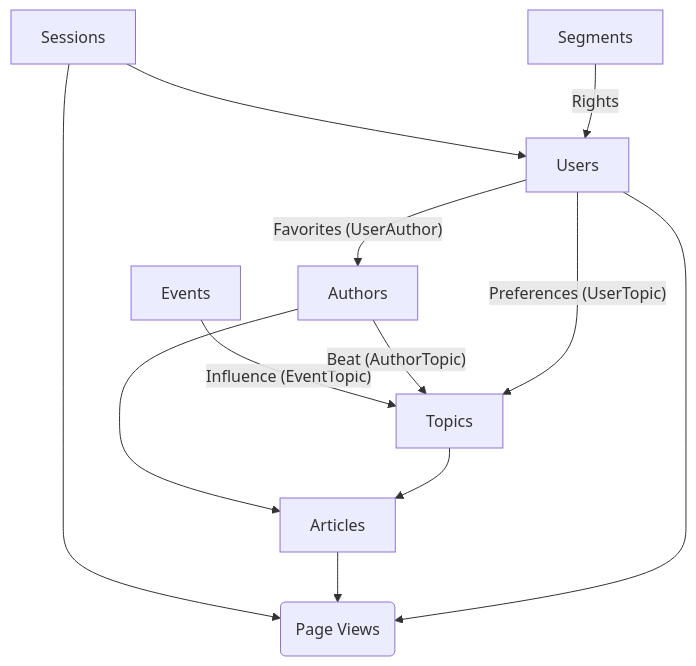
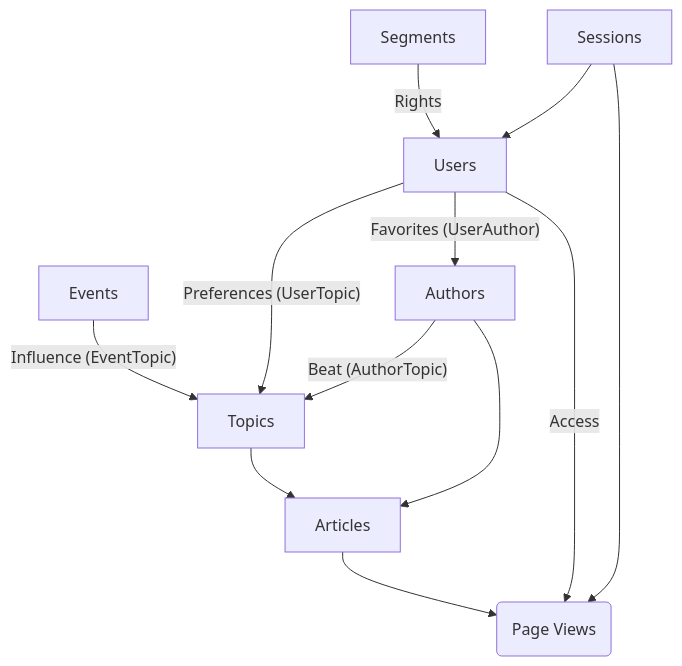
One commit to drewfeld216/BA2-Game changed the first of 2 diagrams in object-schema.md. Above: the diagram before and after it, drawn with Mermaid.

````diff
--- a/object-schema.md
+++ b/object-schema.md
@@ -2,11 +2,12 @@
 ```mermaid
   graph TD;        
       Events -- "Influence (EventTopic)" --> Topics;
       Authors -- "Beat (AuthorTopic)" --> Topics;
       Users -- "Preferences (UserTopic)" --> Topics;
       Users -- "Favorites (UserAuthor)" --> Authors;
       Authors & Topics --> Articles;
+      Segments -- Rights --> Users;
       Sessions --> Users;
-      Segments -- Rights --> Users;
-      Sessions & Articles & Users --> PV(Page Views);
+      Sessions & Articles --> PV(Page Views);
+      Users -- Access --> PV;
 ```
````
